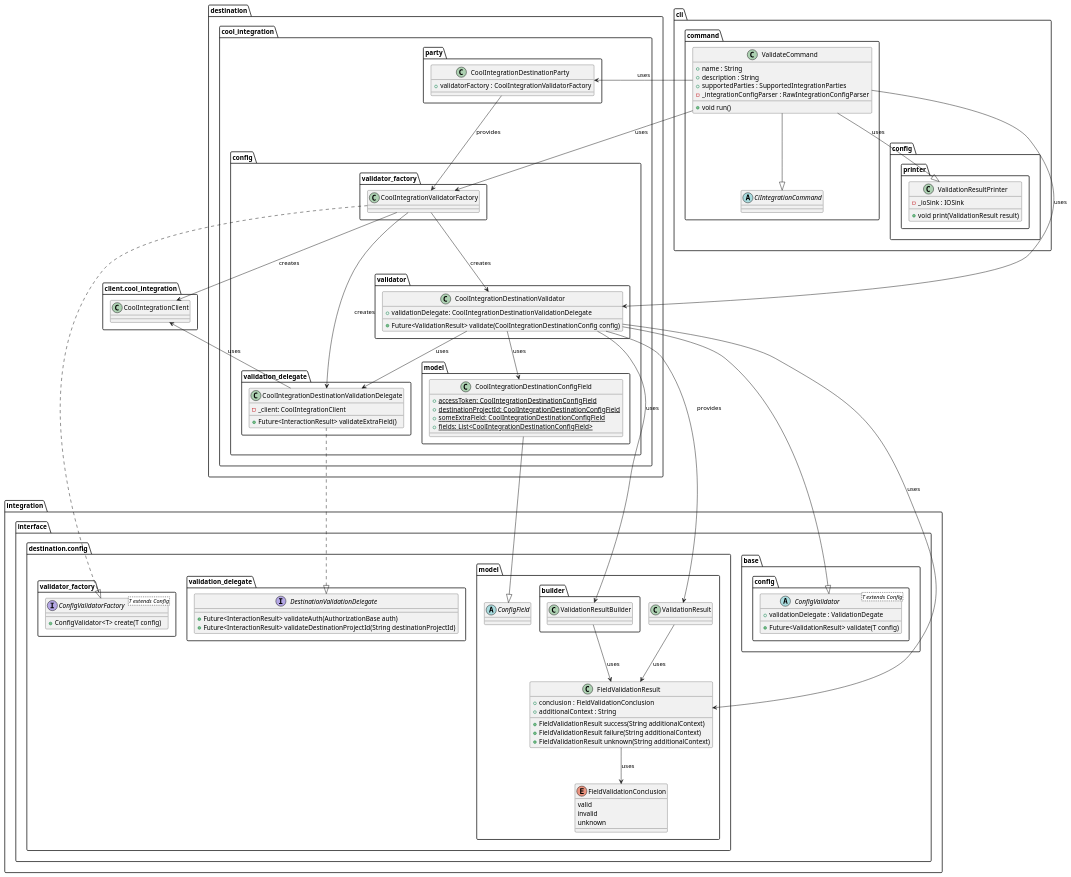
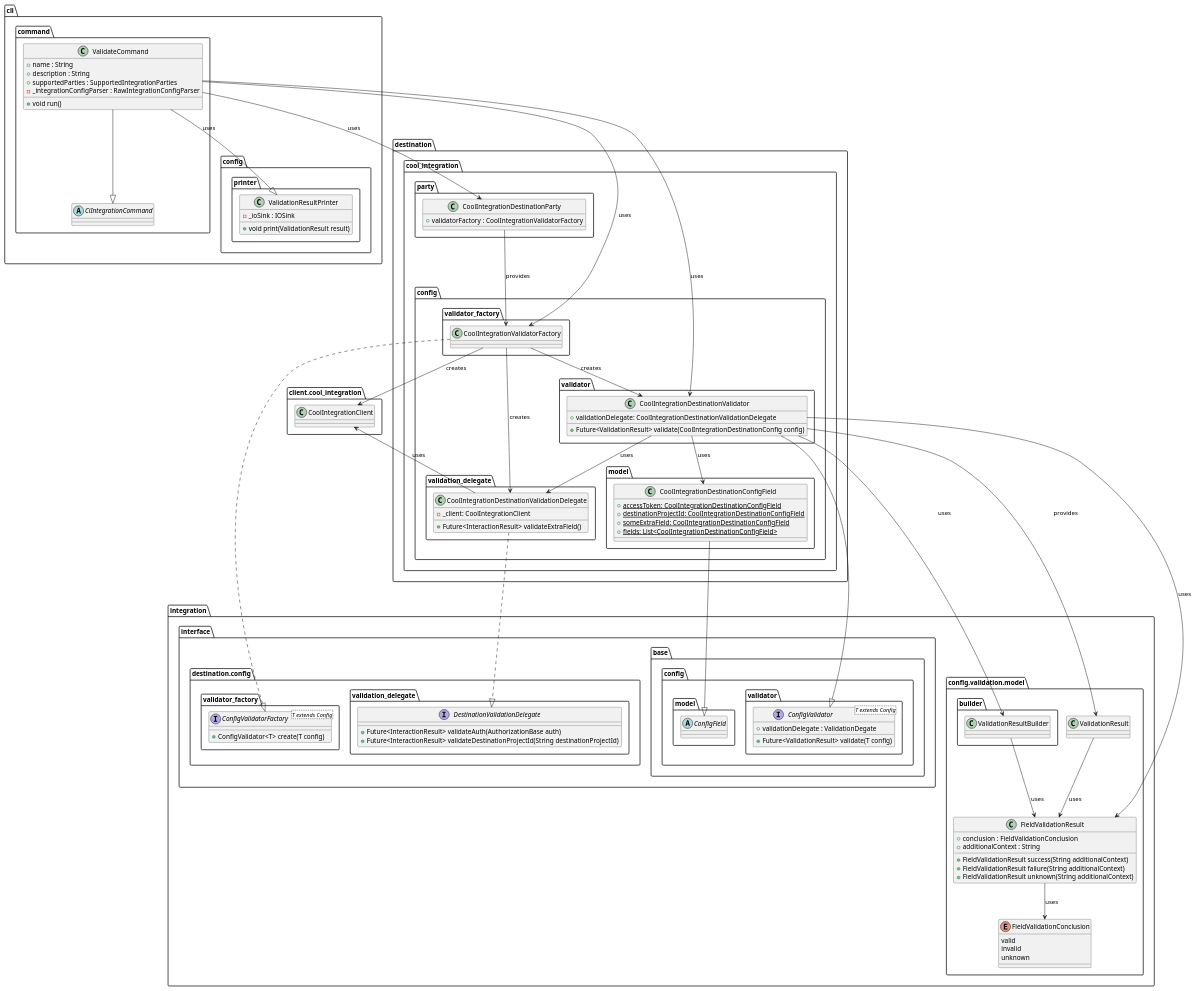
The diagram in metrics/ci_integrations/docs/diagrams/ci_integrations_config_validator_destination_class_diagram.puml (Flank/flank-dashboard), drawn with PlantUML before and after one commit. The commit also changed 2 other files, not shown here.

```diff
--- a/metrics/ci_integrations/docs/diagrams/ci_integrations_config_validator_destination_class_diagram.puml
+++ b/metrics/ci_integrations/docs/diagrams/ci_integrations_config_validator_destination_class_diagram.puml
@@ -1,159 +1,162 @@
 @startuml ci_integrations_config_validator_class_diagram
 
-    package integration.interface {
+    package integration {
+        package interface {
+            package base.config {
+                package model as interface_model {
+                    abstract class ConfigField {}
+                }
+                
+                package validator as base_validator {
+                    interface ConfigValidator<T extends Config> {
+                        + validationDelegate : ValidationDegate
 
-        package base.config {
-            abstract class ConfigValidator<T extends Config> {
-                + validationDelegate : ValidationDegate
+                        + Future<ValidationResult> validate(T config)
+                    }
+                }
+            }
 
-                + Future<ValidationResult> validate(T config)
+            package destination.config as interface_config {
+                package validation_delegate as interface_delegate {
+                    interface DestinationValidationDelegate {
+                        + Future<InteractionResult> validateAuth(AuthorizationBase auth)
+                        + Future<InteractionResult> validateDestinationProjectId(String destinationProjectId)
+                    }
+                }
+
+                package validator_factory as interface_factory {
+                    interface ConfigValidatorFactory<T extends Config> {
+                        + ConfigValidator<T> create(T config)
+                    }
+                }
             }
         }
 
-        package destination.config as interface_config {
-
-            package validation_delegate as interface_delegate {
-                interface DestinationValidationDelegate {
-                    + Future<InteractionResult> validateAuth(AuthorizationBase auth)
-                    + Future<InteractionResult> validateDestinationProjectId(String destinationProjectId)
-                }
+        package config.validation.model as validation_model {
+            package builder as validation_model_builder {
+                class ValidationResultBuilder {}
             }
 
-            package validator_factory as interface_factory {
-                interface ConfigValidatorFactory<T extends Config> {
-                    + ConfigValidator<T> create(T config)
-                }
+            class ValidationResult {}
+
+            class FieldValidationResult {
+                + conclusion : FieldValidationConclusion
+                + additionalContext : String
+
+                + FieldValidationResult success(String additionalContext)
+                + FieldValidationResult failure(String additionalContext)
+                + FieldValidationResult unknown(String additionalContext)
             }
 
-            package model as interface_model {
-                package builder {
-                    class ValidationResultBuilder {}
-                }
-
-                class ValidationResult {}
-
-                class FieldValidationResult {
-                    + conclusion : FieldValidationConclusion
-                    + additionalContext : String
-
-                    + FieldValidationResult success(String additionalContext)
-                    + FieldValidationResult failure(String additionalContext)
-                    + FieldValidationResult unknown(String additionalContext)
-                }
-
-                abstract class ConfigField {}
-
-                enum FieldValidationConclusion {
-                    valid
-                    invalid
-                    unknown
-                }
+            enum FieldValidationConclusion {
+                valid
+                invalid
+                unknown
             }
-
         }
     }
 
     package destination.cool_integration {
 
         package party as destination_party {
             class CoolIntegrationDestinationParty {
                 + validatorFactory : CoolIntegrationValidatorFactory
             }
         }
 
         package config as cool_integration_config {
             package validator as cool_integration_validator {
                 class CoolIntegrationDestinationValidator {
                     + validationDelegate: CoolIntegrationDestinationValidationDelegate
 
                     + Future<ValidationResult> validate(CoolIntegrationDestinationConfig config)
                 }
             }
 
             package validator_factory as cool_integration_validator_factory {
                 class CoolIntegrationValidatorFactory {}
             }
 
             package validation_delegate as cool_integration_validation_validation_delegate{
                 class CoolIntegrationDestinationValidationDelegate {
                     - _client: CoolIntegrationClient
 
                     + Future<InteractionResult> validateExtraField()
                 }
             }
 
             package model as destination_model {
                 class CoolIntegrationDestinationConfigField {
                     + {static} accessToken: CoolIntegrationDestinationConfigField
                     + {static} destinationProjectId: CoolIntegrationDestinationConfigField
                     + {static} someExtraField: CoolIntegrationDestinationConfigField
                     + {static} fields: List<CoolIntegrationDestinationConfigField>
                 }
             }
         }
     }
 
     package client.cool_integration as client_cool_integration {
         class CoolIntegrationClient {}
     }
 
     package cli {
         package command {
             abstract class CiIntegrationCommand {}
 
             class ValidateCommand {
                 + name : String
                 + description : String
                 + supportedParties : SupportedIntegrationParties
                 - _integrationConfigParser : RawIntegrationConfigParser
 
                 + void run()
             }
         }
 
         package config.printer {
             class ValidationResultPrinter {
                 - _ioSink : IOSink
 
                 + void print(ValidationResult result)
             }
         }
     }
 
     CoolIntegrationDestinationValidator --> CoolIntegrationDestinationValidationDelegate : uses
     CoolIntegrationDestinationValidationDelegate --> CoolIntegrationClient : uses
 
     CoolIntegrationValidatorFactory --> CoolIntegrationDestinationValidator : creates
     CoolIntegrationValidatorFactory --> CoolIntegrationClient : creates
     CoolIntegrationValidatorFactory --> CoolIntegrationDestinationValidationDelegate : creates
 
     ValidateCommand --|> CiIntegrationCommand
     ValidateCommand --|> ValidationResultPrinter : uses
 
-    ValidateCommand -left-> CoolIntegrationDestinationValidator : uses
+    ValidateCommand -down-> CoolIntegrationDestinationValidator : uses
     ValidateCommand -down-> CoolIntegrationValidatorFactory : uses
     ValidateCommand -down-> CoolIntegrationDestinationParty : uses
 
     CoolIntegrationDestinationParty --> CoolIntegrationValidatorFactory : provides
 
     CoolIntegrationDestinationValidationDelegate ..|> DestinationValidationDelegate
 
     CoolIntegrationDestinationConfigField --|> ConfigField
 
     CoolIntegrationDestinationValidator --|> ConfigValidator
     CoolIntegrationDestinationValidator -down-> CoolIntegrationDestinationConfigField : uses
     CoolIntegrationDestinationValidator --> ValidationResult : provides
     CoolIntegrationDestinationValidator --> ValidationResultBuilder : uses
     CoolIntegrationDestinationValidator --> FieldValidationResult : uses
 
     ValidationResult --> FieldValidationResult : uses
 
     ValidationResultBuilder --> FieldValidationResult : uses
 
     FieldValidationResult --> FieldValidationConclusion : uses
 
     CoolIntegrationValidatorFactory ..|> ConfigValidatorFactory
 
     CoolIntegrationClient -[hidden]-> CoolIntegrationDestinationValidationDelegate
 
 @enduml
```
